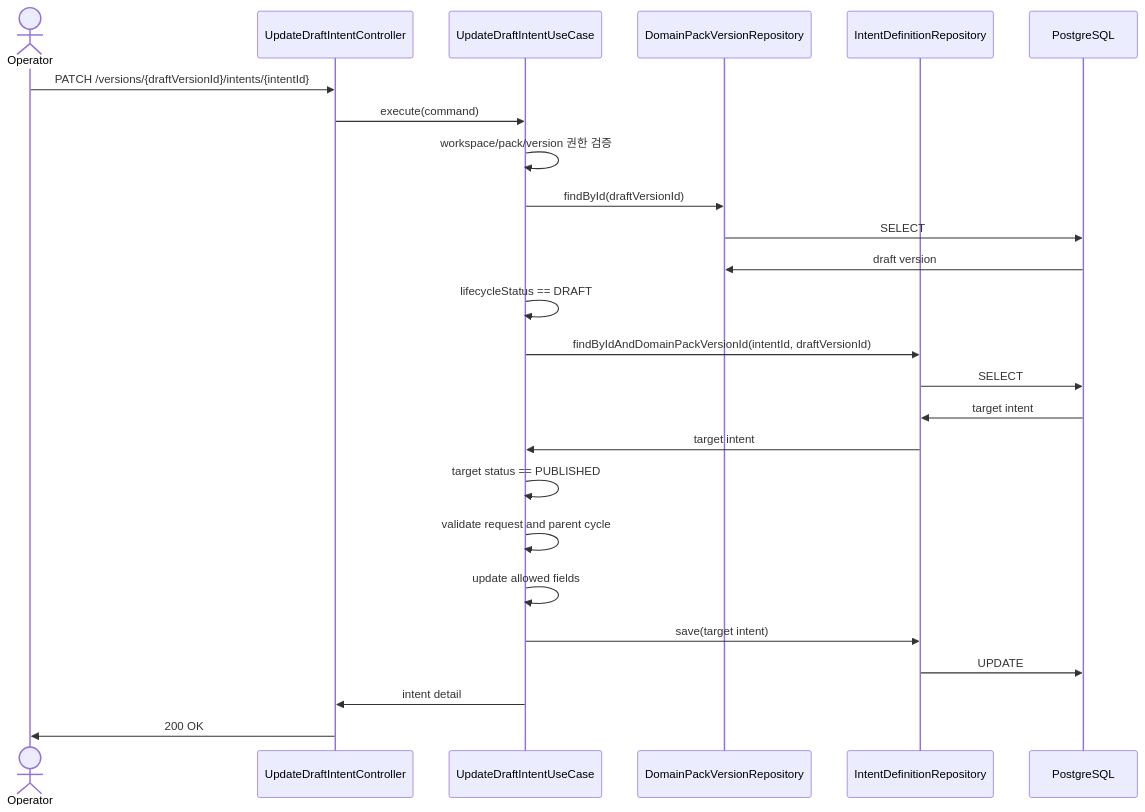
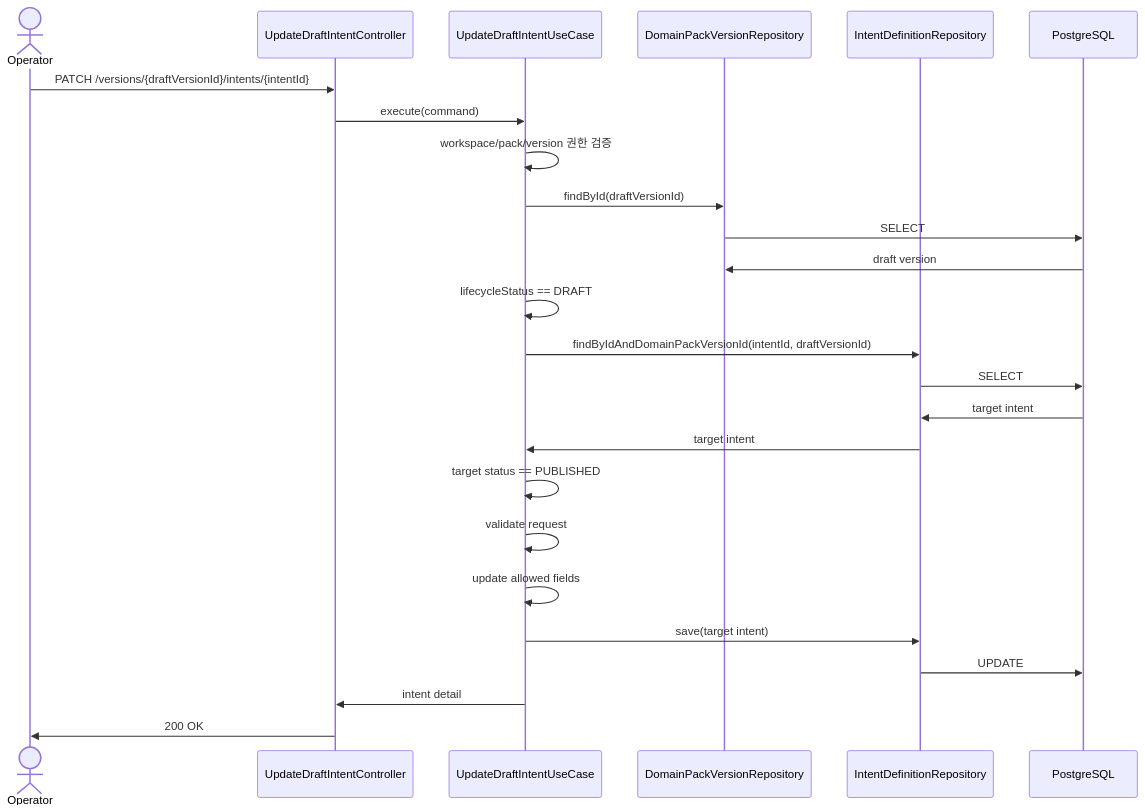
Before and after one commit to ajou-2026-1-capstone-5/ostone: the third of 4 diagrams in .agent/specs/314.md, drawn with Mermaid. The commit also changed other lines of this file, not shown here.

````diff
--- a/.agent/specs/314.md
+++ b/.agent/specs/314.md
@@ -684,28 +681,28 @@
 ```mermaid
 sequenceDiagram
     actor op as Operator
     participant ctrl as UpdateDraftIntentController
     participant uc as UpdateDraftIntentUseCase
     participant verRepo as DomainPackVersionRepository
     participant intRepo as IntentDefinitionRepository
     participant db as PostgreSQL
 
     op ->> ctrl: PATCH /versions/{draftVersionId}/intents/{intentId}
     ctrl ->> uc: execute(command)
     uc ->> uc: workspace/pack/version 권한 검증
     uc ->> verRepo: findById(draftVersionId)
     verRepo ->> db: SELECT
     db ->> verRepo: draft version
     uc ->> uc: lifecycleStatus == DRAFT
     uc ->> intRepo: findByIdAndDomainPackVersionId(intentId, draftVersionId)
     intRepo ->> db: SELECT
     db ->> intRepo: target intent
     intRepo ->> uc: target intent
     uc ->> uc: target status == PUBLISHED
-    uc ->> uc: validate request and parent cycle
+    uc ->> uc: validate request
     uc ->> uc: update allowed fields
     uc ->> intRepo: save(target intent)
     intRepo ->> db: UPDATE
     uc ->> ctrl: intent detail
     ctrl ->> op: 200 OK
 ```
````
